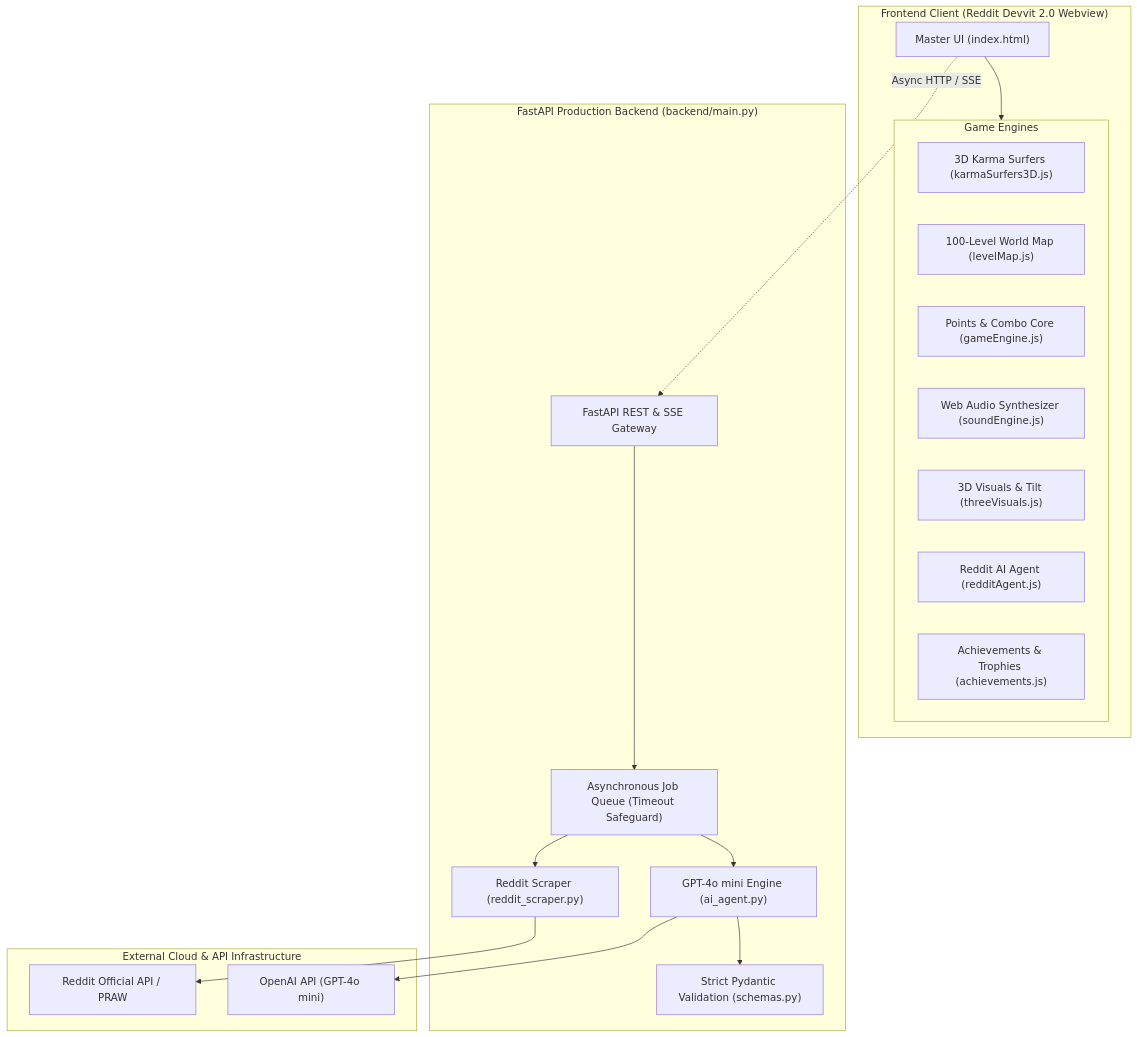
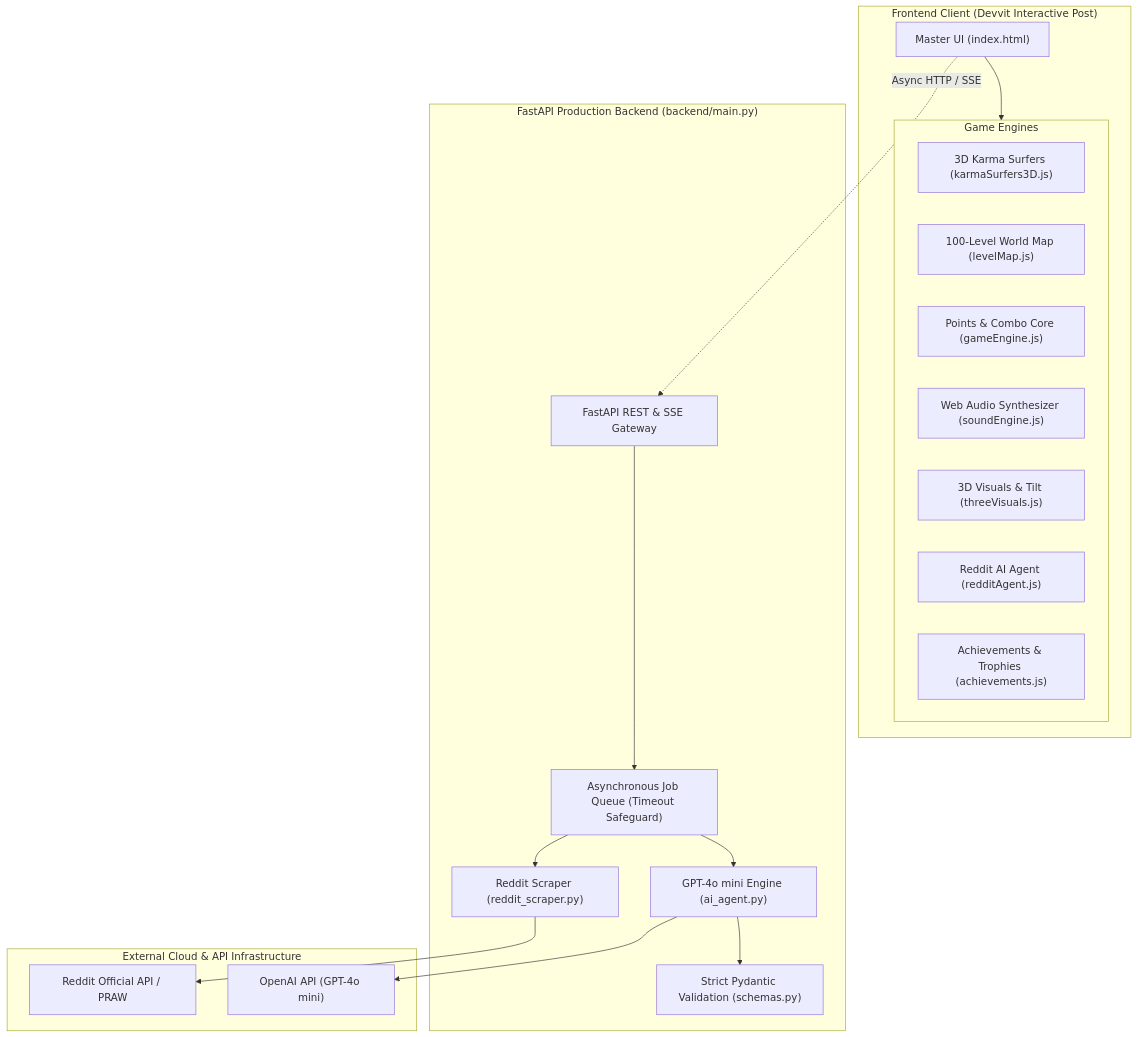
One commit to vsrupeshkumar2006/REDDIT-HACK changed the third of 4 diagrams in README.md. Above: the diagram before and after it, drawn with Mermaid. The commit also changed other lines of this file and 8 other files, not shown here.

````diff
--- a/README.md
+++ b/README.md
@@ -28,35 +148,35 @@
 ```mermaid
 flowchart TD
-    subgraph Client["Frontend Client (Reddit Devvit 2.0 Webview)"]
+    subgraph Client["Frontend Client (Devvit Interactive Post)"]
         UI["Master UI (index.html)"]
         subgraph EngineGroup["Game Engines"]
             SURF["3D Karma Surfers (karmaSurfers3D.js)"]
             MAP["100-Level World Map (levelMap.js)"]
             GE["Points & Combo Core (gameEngine.js)"]
             SE["Web Audio Synthesizer (soundEngine.js)"]
             T3["3D Visuals & Tilt (threeVisuals.js)"]
             RA["Reddit AI Agent (redditAgent.js)"]
             ACH["Achievements & Trophies (achievements.js)"]
         end
     end
 
     subgraph Backend["FastAPI Production Backend (backend/main.py)"]
         API["FastAPI REST & SSE Gateway"]
         JQ["Asynchronous Job Queue (Timeout Safeguard)"]
         PRAW["Reddit Scraper (reddit_scraper.py)"]
         LLM["GPT-4o mini Engine (ai_agent.py)"]
         SCH["Strict Pydantic Validation (schemas.py)"]
     end
 
     subgraph External["External Cloud & API Infrastructure"]
         RD["Reddit Official API / PRAW"]
         OA["OpenAI API (GPT-4o mini)"]
     end
 
     UI --> EngineGroup
     UI -.->|"Async HTTP / SSE"| API
     API --> JQ
     JQ --> PRAW --> RD
     JQ --> LLM --> OA
     LLM --> SCH
 ```
````
